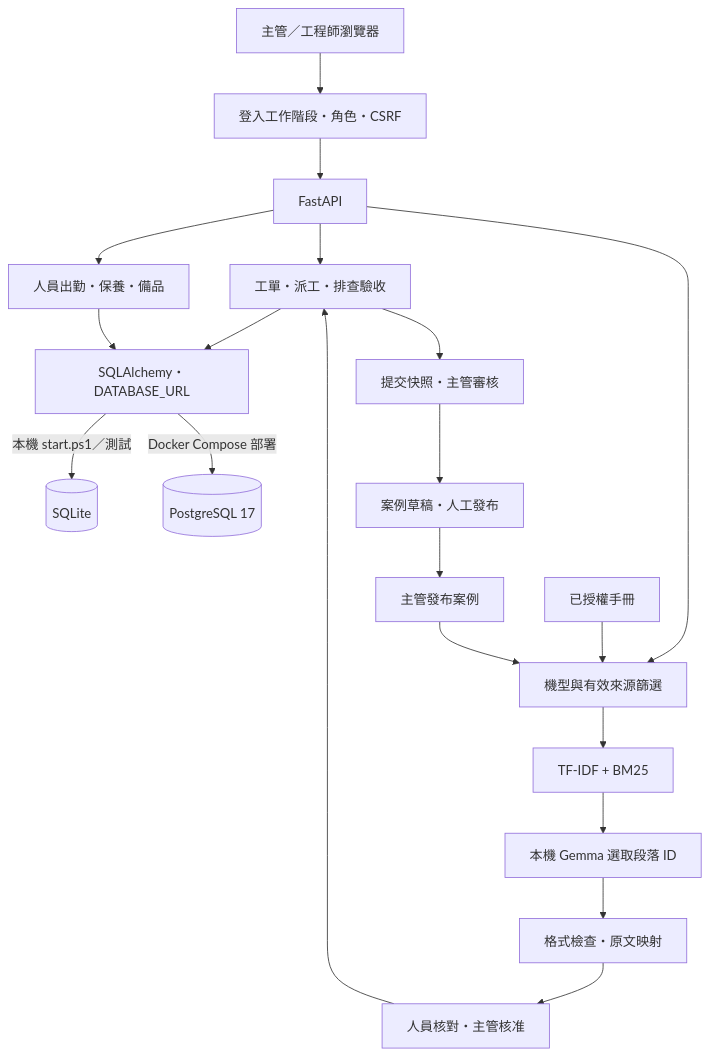
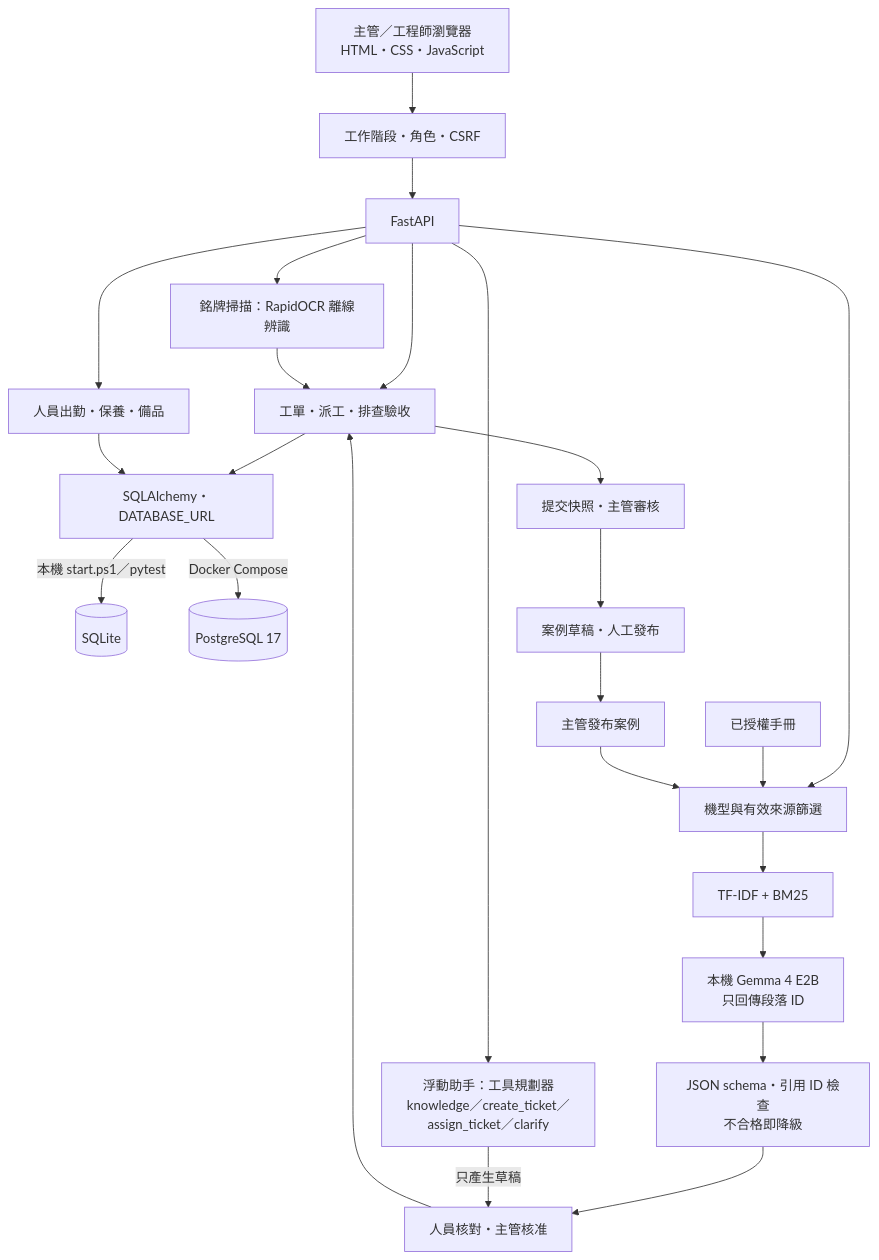
The diagram in README.md (mina201199/predictfix-ai-factory), drawn with Mermaid before and after one commit. The commit also changed other lines of this file, not shown here.

````diff
--- a/README.md
+++ b/README.md
@@ -160,25 +33,31 @@
 ```mermaid
 flowchart TD
-    UI[主管／工程師瀏覽器] --> AUTH[登入工作階段・角色・CSRF]
+    UI[主管／工程師瀏覽器<br/>HTML・CSS・JavaScript] --> AUTH[工作階段・角色・CSRF]
     AUTH --> API[FastAPI]
 
     API --> FLOW[工單・派工・排查驗收]
     API --> OPS[人員出勤・保養・備品]
     FLOW --> ORM[SQLAlchemy・DATABASE_URL]
     OPS --> ORM
-    ORM -->|本機 start.ps1／測試| SQLITE[(SQLite)]
-    ORM -->|Docker Compose 部署| PG[(PostgreSQL 17)]
+    ORM -->|本機 start.ps1／pytest| SQLITE[(SQLite)]
+    ORM -->|Docker Compose| PG[(PostgreSQL 17)]
 
     API --> FILTER[機型與有效來源篩選]
     MAN[已授權手冊] --> FILTER
     CASE[主管發布案例] --> FILTER
     FILTER --> RET[TF-IDF + BM25]
-    RET --> LLM[本機 Gemma 選取段落 ID]
-    LLM --> CHECK[格式檢查・原文映射]
+    RET --> LLM[本機 Gemma 4 E2B<br/>只回傳段落 ID]
+    LLM --> CHECK[JSON schema・引用 ID 檢查<br/>不合格即降級]
     CHECK --> HUMAN[人員核對・主管核准]
     HUMAN --> FLOW
+
+    API --> AGENT[浮動助手：工具規劃器<br/>knowledge／create_ticket／assign_ticket／clarify]
+    AGENT -->|只產生草稿| HUMAN
+
+    API --> SCAN[銘牌掃描：RapidOCR 離線辨識]
+    SCAN --> FLOW
 
     FLOW --> REVIEW[提交快照・主管審核]
     REVIEW --> DRAFT[案例草稿・人工發布]
     DRAFT --> CASE
 ```
````
